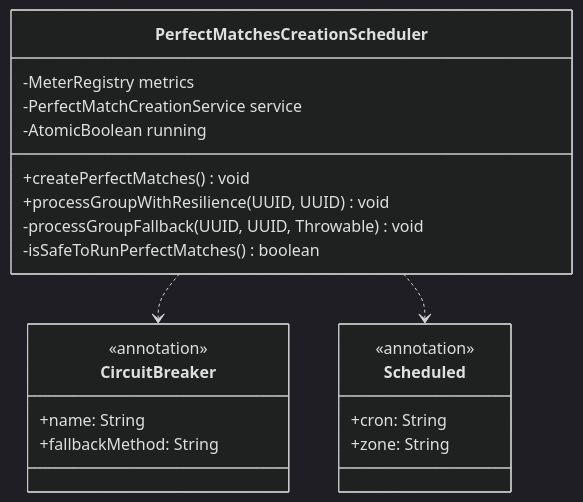
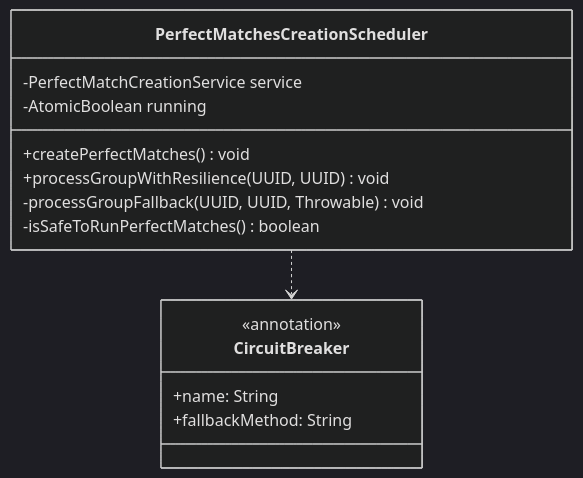
The third of 20 diagrams in docs/Low Level Designs/ScheduledPerfectMatchesCreation.md (kagit00/schedule_x), drawn with Mermaid (dark theme) before and after one commit. The commit also changed other lines of this file and 7 other files, not shown here.

````diff
--- a/docs/Low Level Designs/ScheduledPerfectMatchesCreation.md
+++ b/docs/Low Level Designs/ScheduledPerfectMatchesCreation.md
@@ -132,27 +140,19 @@
 ```mermaid
 classDiagram
     class PerfectMatchesCreationScheduler {
-        -MeterRegistry metrics
         -PerfectMatchCreationService service
         -AtomicBoolean running
         +createPerfectMatches() void
         +processGroupWithResilience(UUID, UUID) void
         -processGroupFallback(UUID, UUID, Throwable) void
         -isSafeToRunPerfectMatches() boolean
     }
     
     class CircuitBreaker {
         <<annotation>>
         +name: String
         +fallbackMethod: String
     }
     
-    class Scheduled {
-        <<annotation>>
-        +cron: String
-        +zone: String
-    }
-    
     PerfectMatchesCreationScheduler ..> CircuitBreaker
-    PerfectMatchesCreationScheduler ..> Scheduled
 ```
````
